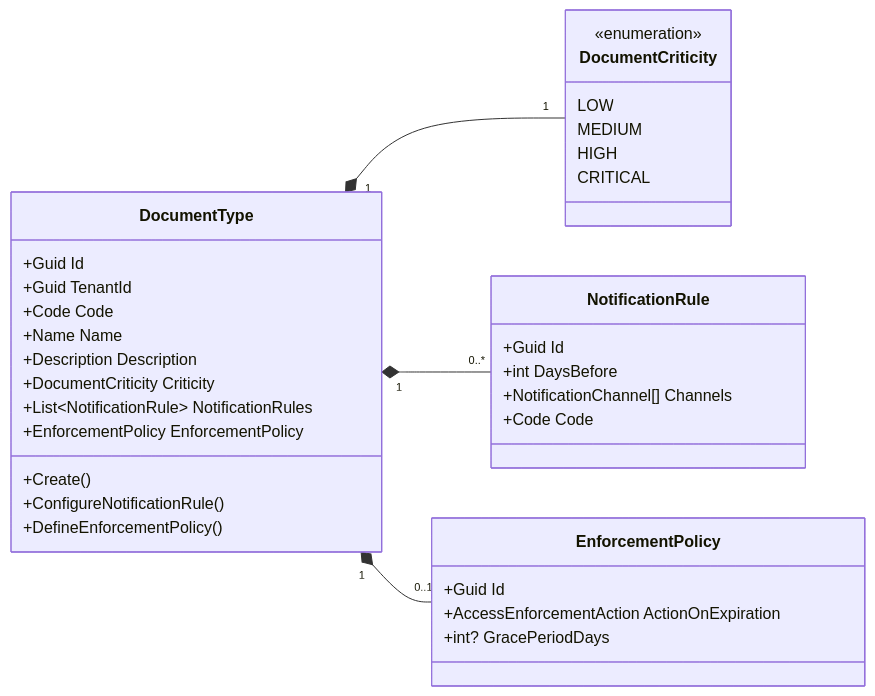
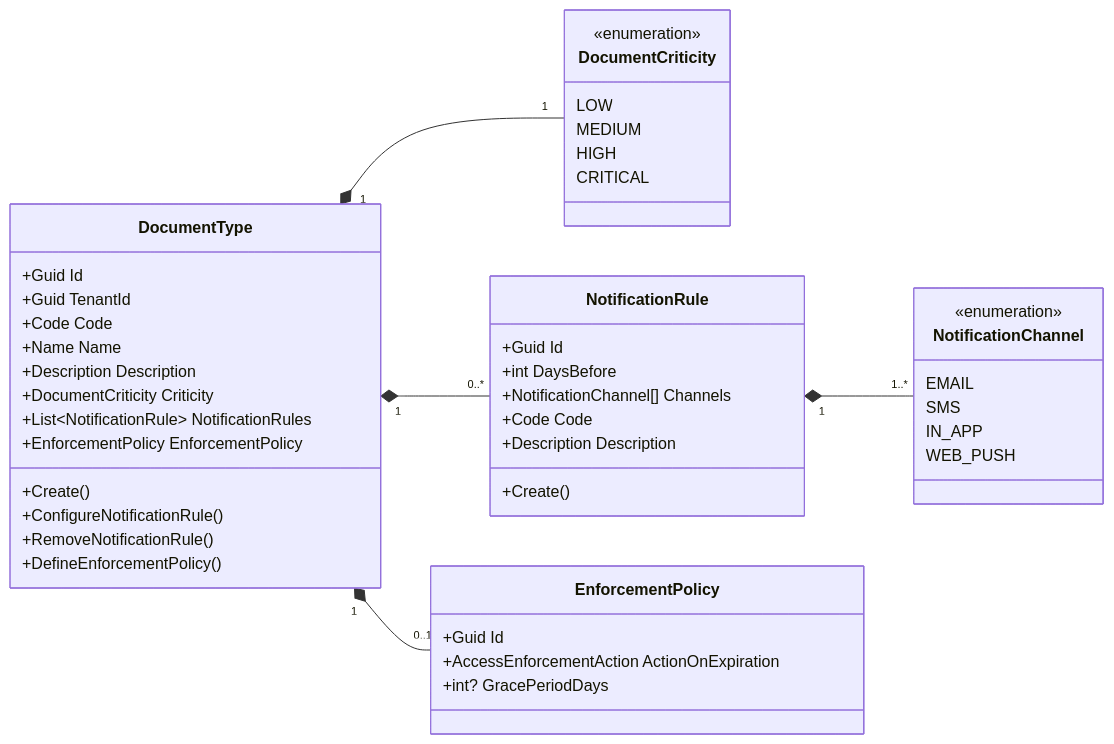
Before and after one commit to beyondnetcode/ums: the first of 3 diagrams in docs/domain/approvals/document-type.md, drawn with Mermaid. The commit also changed other lines of this file and 19 other files, not shown here.

````diff
--- a/docs/domain/approvals/document-type.md
+++ b/docs/domain/approvals/document-type.md
@@ -87,38 +100,49 @@
 ```mermaid
 classDiagram
     direction LR
     class DocumentType {
         +Guid Id
         +Guid TenantId
         +Code Code
         +Name Name
         +Description Description
         +DocumentCriticity Criticity
         +List~NotificationRule~ NotificationRules
         +EnforcementPolicy EnforcementPolicy
         +Create()
         +ConfigureNotificationRule()
+        +RemoveNotificationRule()
         +DefineEnforcementPolicy()
     }
     class DocumentCriticity {
         <<enumeration>>
         LOW
         MEDIUM
         HIGH
         CRITICAL
     }
     class NotificationRule {
         +Guid Id
         +int DaysBefore
         +NotificationChannel[] Channels
         +Code Code
+        +Description Description
+        +Create()
+    }
+    class NotificationChannel {
+        <<enumeration>>
+        EMAIL
+        SMS
+        IN_APP
+        WEB_PUSH
     }
     class EnforcementPolicy {
         +Guid Id
         +AccessEnforcementAction ActionOnExpiration
         +int? GracePeriodDays
     }
     DocumentType "1" *-- "1" DocumentCriticity
     DocumentType "1" *-- "0..*" NotificationRule
+    NotificationRule "1" *-- "1..*" NotificationChannel
     DocumentType "1" *-- "0..1" EnforcementPolicy
 ```
````
